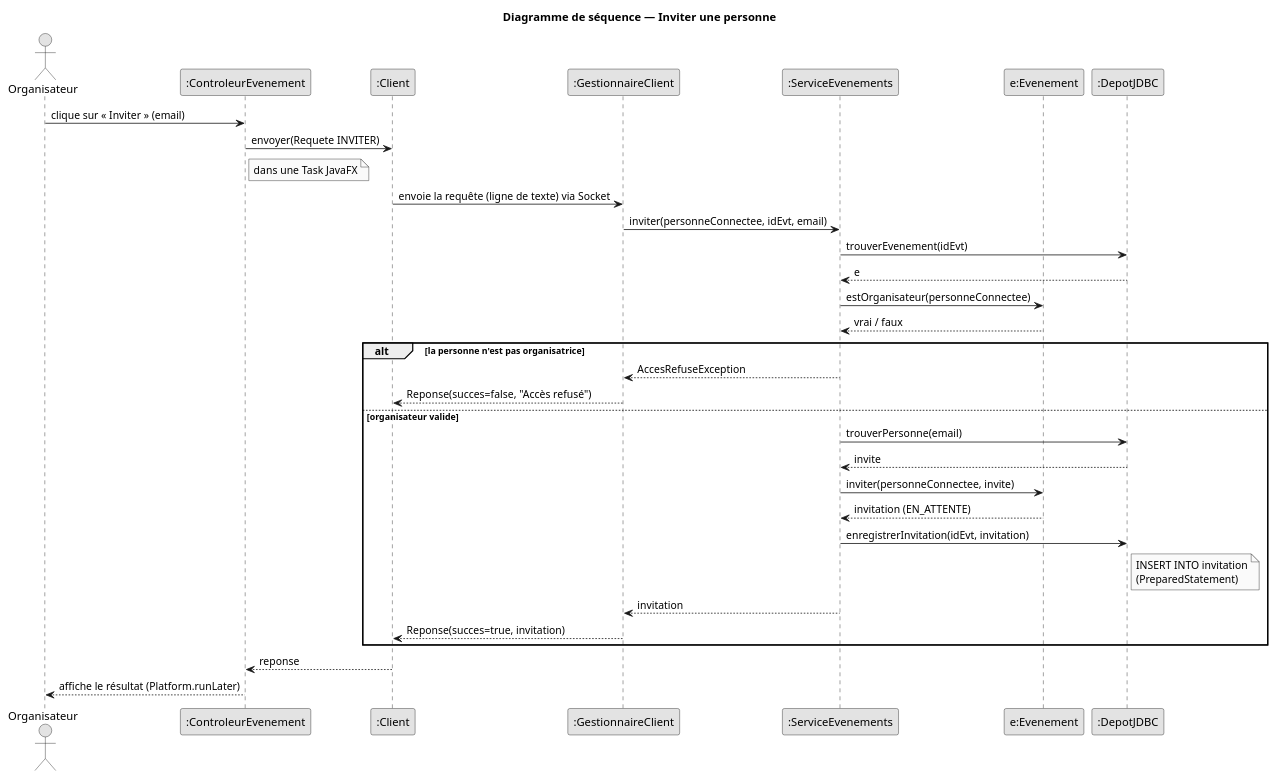
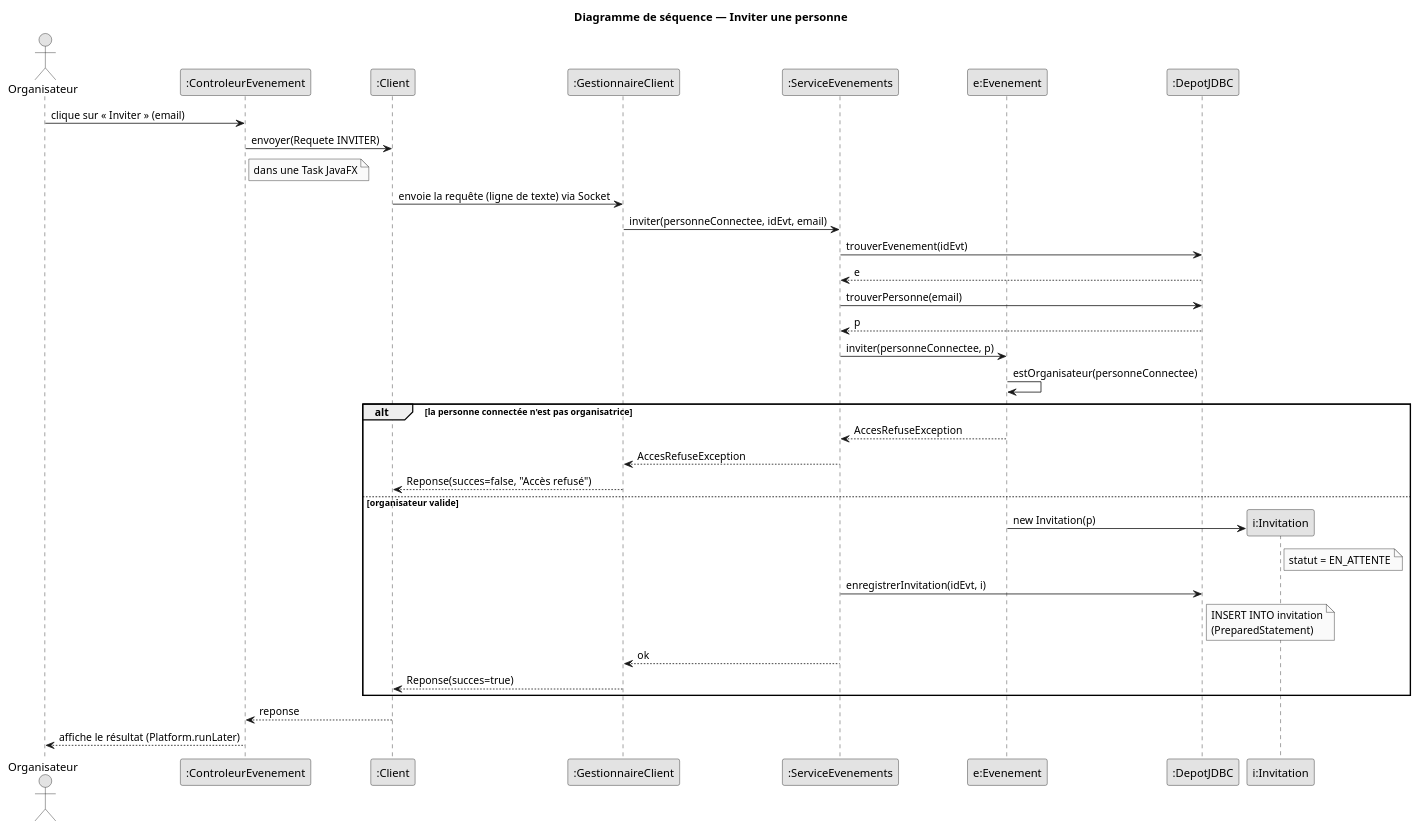
Before and after one commit to Tactiis239/gestion-event: the diagram in doc/uml/sequence-invitation.puml, drawn with PlantUML. The commit also changed 6 other files, not shown here.

First line of the commit message:
Diagramme de classes de référence rétabli, docs réalignées

```diff
--- a/doc/uml/sequence-invitation.puml
+++ b/doc/uml/sequence-invitation.puml
@@ -1,40 +1,42 @@
 @startuml sequence-invitation
 skinparam shadowing false
 skinparam monochrome true
 skinparam defaultFontName Helvetica
 
 title Diagramme de séquence — Inviter une personne
 
 actor Organisateur
 participant ":ControleurEvenement" as IHM
 participant ":Client" as C
 participant ":GestionnaireClient" as GC
 participant ":ServiceEvenements" as S
 participant "e:Evenement" as E
 participant ":DepotJDBC" as D
 
 Organisateur -> IHM : clique sur « Inviter » (email)
 IHM -> C : envoyer(Requete INVITER)
 note right of IHM : dans une Task JavaFX
 C -> GC : envoie la requête (ligne de texte) via Socket
 GC -> S : inviter(personneConnectee, idEvt, email)
 S -> D : trouverEvenement(idEvt)
 D --> S : e
-S -> E : estOrganisateur(personneConnectee)
-E --> S : vrai / faux
-alt la personne n'est pas organisatrice
+S -> D : trouverPersonne(email)
+D --> S : p
+S -> E : inviter(personneConnectee, p)
+E -> E : estOrganisateur(personneConnectee)
+alt la personne connectée n'est pas organisatrice
+  E --> S : AccesRefuseException
   S --> GC : AccesRefuseException
   GC --> C : Reponse(succes=false, "Accès refusé")
 else organisateur valide
-  S -> D : trouverPersonne(email)
-  D --> S : invite
-  S -> E : inviter(personneConnectee, invite)
-  E --> S : invitation (EN_ATTENTE)
-  S -> D : enregistrerInvitation(idEvt, invitation)
+  create participant "i:Invitation" as I
+  E -> I : new Invitation(p)
+  note right of I : statut = EN_ATTENTE
+  S -> D : enregistrerInvitation(idEvt, i)
   note right of D : INSERT INTO invitation\n(PreparedStatement)
-  S --> GC : invitation
-  GC --> C : Reponse(succes=true, invitation)
+  S --> GC : ok
+  GC --> C : Reponse(succes=true)
 end
 C --> IHM : reponse
 IHM --> Organisateur : affiche le résultat (Platform.runLater)
 @enduml
```
